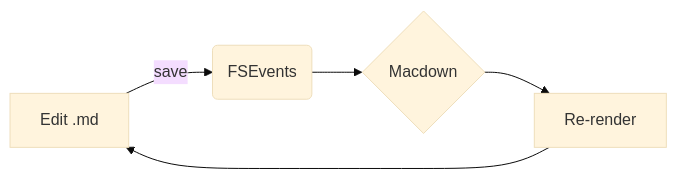
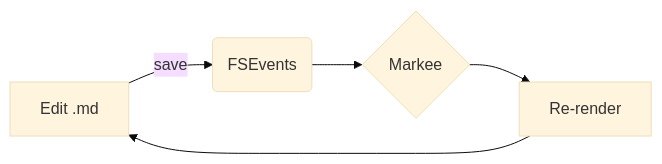
One commit to sethbang/markee changed the diagram in fixtures/sample.md. Above: the diagram before and after it, drawn with Mermaid (base theme). The commit also changed other lines of this file and 16 other files, not shown here.

````diff
--- a/fixtures/sample.md
+++ b/fixtures/sample.md
@@ -59,7 +59,7 @@
 ```mermaid
 graph LR
     A[Edit .md] -->|save| B(FSEvents)
-    B --> C{Macdown}
+    B --> C{Markee}
     C --> D[Re-render]
     D --> A
 ```
````
